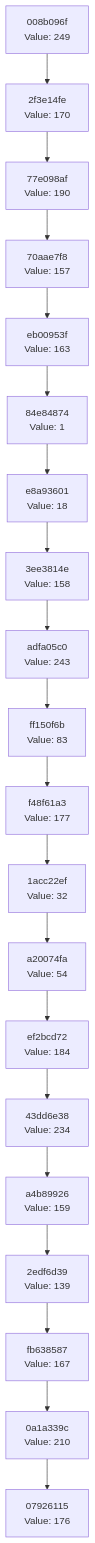
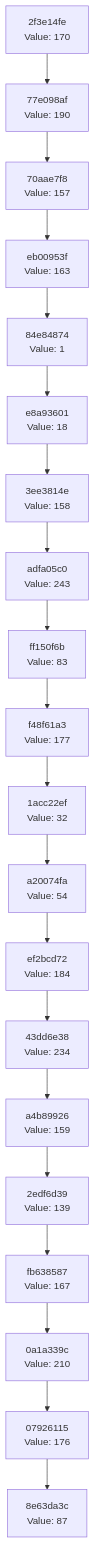
Before and after one commit to Abhisheksinha1506/hash-chain-evolver: the diagram in docs/CHAIN_VISUALIZATION.md, drawn with Mermaid. The commit also changed 2 other files, not shown here.

Commit message:
Evolution step: hash 0x57 → action executed

````diff
--- a/docs/CHAIN_VISUALIZATION.md
+++ b/docs/CHAIN_VISUALIZATION.md
@@ -3,42 +3,42 @@
 ```mermaid
 graph TD
-    C0["07926115<br/>Value: 176"]
-    C1["0a1a339c<br/>Value: 210"]
+    C0["8e63da3c<br/>Value: 87"]
+    C1["07926115<br/>Value: 176"]
     C1 --> C0
-    C2["fb638587<br/>Value: 167"]
+    C2["0a1a339c<br/>Value: 210"]
     C2 --> C1
-    C3["2edf6d39<br/>Value: 139"]
+    C3["fb638587<br/>Value: 167"]
     C3 --> C2
-    C4["a4b89926<br/>Value: 159"]
+    C4["2edf6d39<br/>Value: 139"]
     C4 --> C3
-    C5["43dd6e38<br/>Value: 234"]
+    C5["a4b89926<br/>Value: 159"]
     C5 --> C4
-    C6["ef2bcd72<br/>Value: 184"]
+    C6["43dd6e38<br/>Value: 234"]
     C6 --> C5
-    C7["a20074fa<br/>Value: 54"]
+    C7["ef2bcd72<br/>Value: 184"]
     C7 --> C6
-    C8["1acc22ef<br/>Value: 32"]
+    C8["a20074fa<br/>Value: 54"]
     C8 --> C7
-    C9["f48f61a3<br/>Value: 177"]
+    C9["1acc22ef<br/>Value: 32"]
     C9 --> C8
-    C10["ff150f6b<br/>Value: 83"]
+    C10["f48f61a3<br/>Value: 177"]
     C10 --> C9
-    C11["adfa05c0<br/>Value: 243"]
+    C11["ff150f6b<br/>Value: 83"]
     C11 --> C10
-    C12["3ee3814e<br/>Value: 158"]
+    C12["adfa05c0<br/>Value: 243"]
     C12 --> C11
-    C13["e8a93601<br/>Value: 18"]
+    C13["3ee3814e<br/>Value: 158"]
     C13 --> C12
-    C14["84e84874<br/>Value: 1"]
+    C14["e8a93601<br/>Value: 18"]
     C14 --> C13
-    C15["eb00953f<br/>Value: 163"]
+    C15["84e84874<br/>Value: 1"]
     C15 --> C14
-    C16["70aae7f8<br/>Value: 157"]
+    C16["eb00953f<br/>Value: 163"]
     C16 --> C15
-    C17["77e098af<br/>Value: 190"]
+    C17["70aae7f8<br/>Value: 157"]
     C17 --> C16
-    C18["2f3e14fe<br/>Value: 170"]
+    C18["77e098af<br/>Value: 190"]
     C18 --> C17
-    C19["008b096f<br/>Value: 249"]
+    C19["2f3e14fe<br/>Value: 170"]
     C19 --> C18
 ```
````
